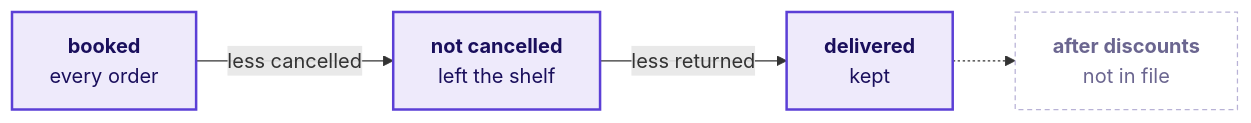
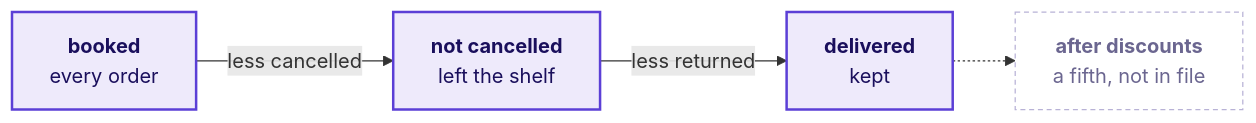
The eighth of 18 diagrams in content/W01/D1/slides/C2_W01_D01_half1_STUDENT.md (fde-academy-lab/c2-content-factory), drawn with Mermaid before and after one commit. The commit also changed other lines of this file and 6 other files, not shown here.

````diff
--- a/content/W01/D1/slides/C2_W01_D01_half1_STUDENT.md
+++ b/content/W01/D1/slides/C2_W01_D01_half1_STUDENT.md
@@ -356,10 +355,10 @@
 ```mermaid
 flowchart LR
     B["<b>booked</b><br/>every order"] -->|"less cancelled"| N["<b>not cancelled</b><br/>left the shelf"]
     N -->|"less returned"| D["<b>delivered</b><br/>kept"]
-    D -.-> X["<b>after discounts</b><br/>not in file"]
+    D -.-> X["<b>after discounts</b><br/>a fifth, not in file"]
     classDef known fill:#EEEAFB,stroke:#5B3FD6,color:#1A0F5C,stroke-width:2px
     classDef unknown fill:#FFFFFF,stroke:#B8B2D6,color:#6B6690,stroke-dasharray:4 3
     class B,N,D known
     class X unknown
 ```
````
